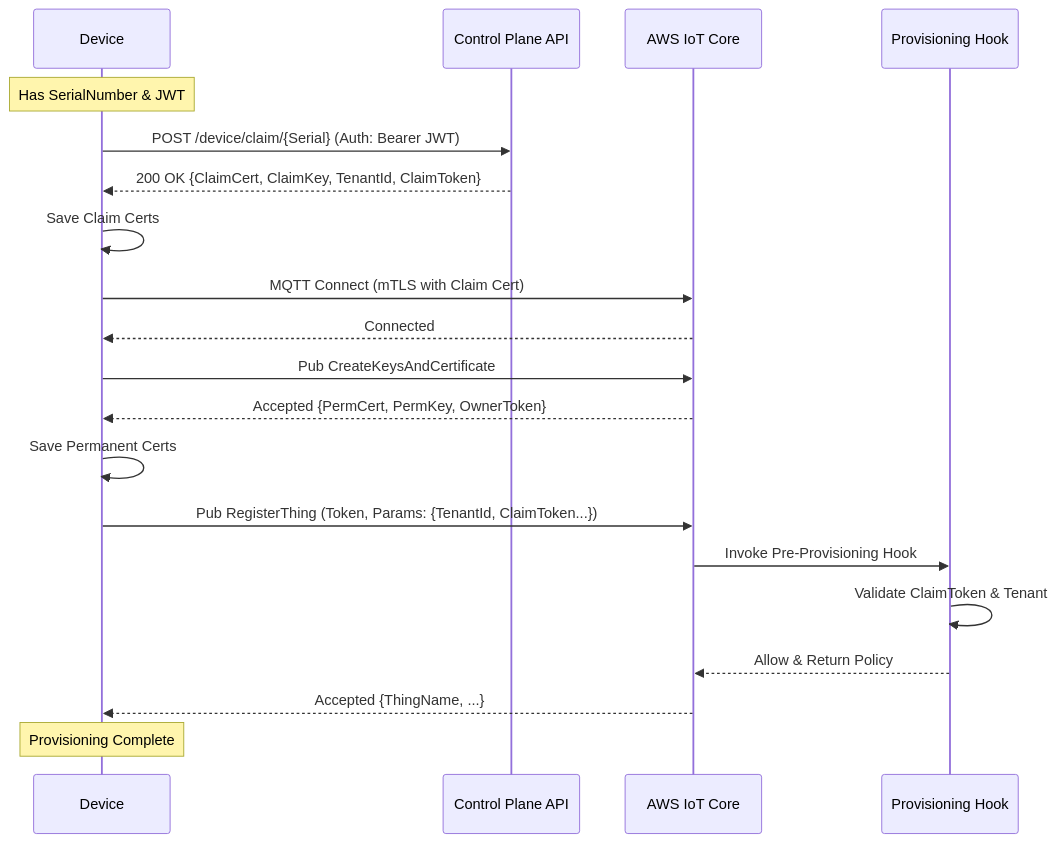
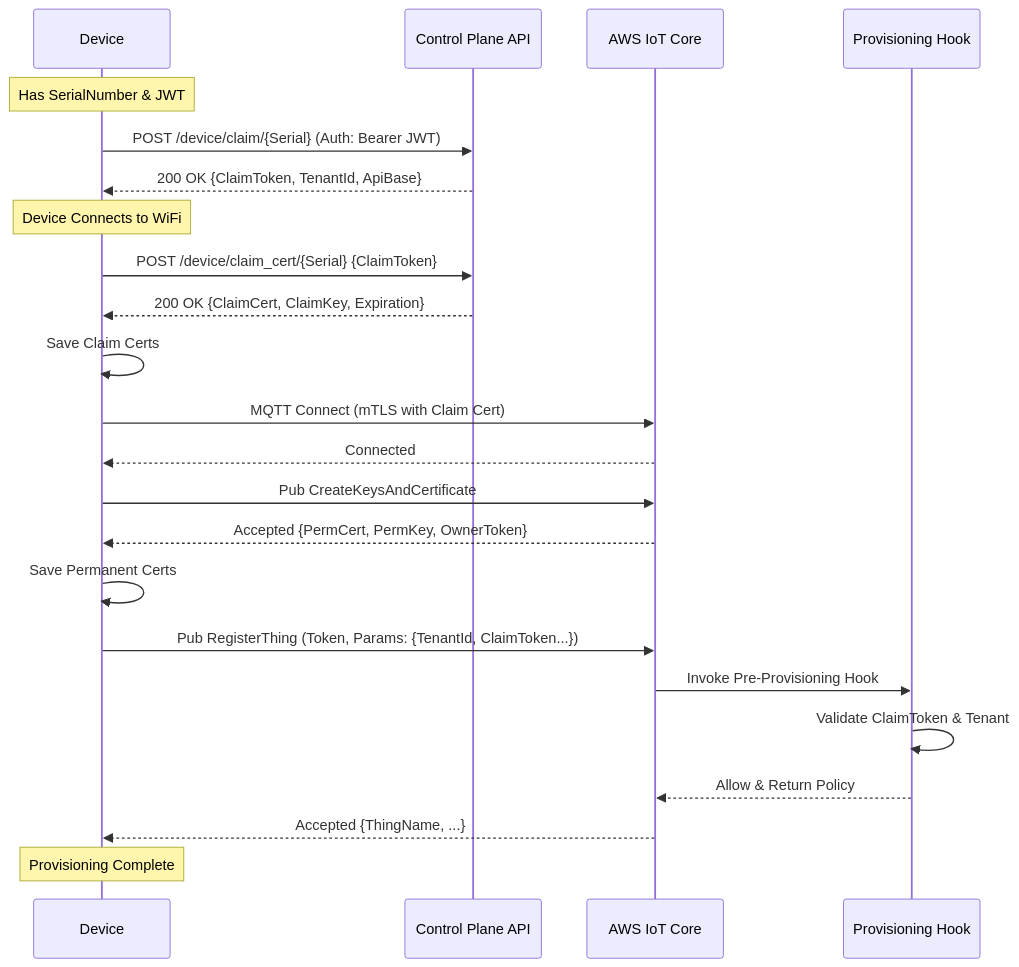
Before and after one commit to colint-designcatapult/pillorganizer: the diagram in docs/provision_flow.md, drawn with Mermaid. The commit also changed other lines of this file and 6 other files, not shown here.

Commit message:
Control plane: separate claim token from claim cert

````diff
--- a/docs/provision_flow.md
+++ b/docs/provision_flow.md
@@ -82,30 +101,35 @@
 ```mermaid
 sequenceDiagram
     participant Device
     participant API as Control Plane API
     participant IoT as AWS IoT Core
     participant Lambda as Provisioning Hook
 
     Note over Device: Has SerialNumber & JWT
 
     Device->>API: POST /device/claim/{Serial} (Auth: Bearer JWT)
-    API-->>Device: 200 OK {ClaimCert, ClaimKey, TenantId, ClaimToken}
+    API-->>Device: 200 OK {ClaimToken, TenantId, ApiBase}
+
+    Note over Device: Device Connects to WiFi
+
+    Device->>API: POST /device/claim_cert/{Serial} {ClaimToken}
+    API-->>Device: 200 OK {ClaimCert, ClaimKey, Expiration}
 
     Device->>Device: Save Claim Certs
 
     Device->>IoT: MQTT Connect (mTLS with Claim Cert)
     IoT-->>Device: Connected
 
     Device->>IoT: Pub CreateKeysAndCertificate
     IoT-->>Device: Accepted {PermCert, PermKey, OwnerToken}
 
     Device->>Device: Save Permanent Certs
 
     Device->>IoT: Pub RegisterThing (Token, Params: {TenantId, ClaimToken...})
     IoT->>Lambda: Invoke Pre-Provisioning Hook
     Lambda->>Lambda: Validate ClaimToken & Tenant
     Lambda-->>IoT: Allow & Return Policy
     IoT-->>Device: Accepted {ThingName, ...}
 
     Note over Device: Provisioning Complete
 ```
````
